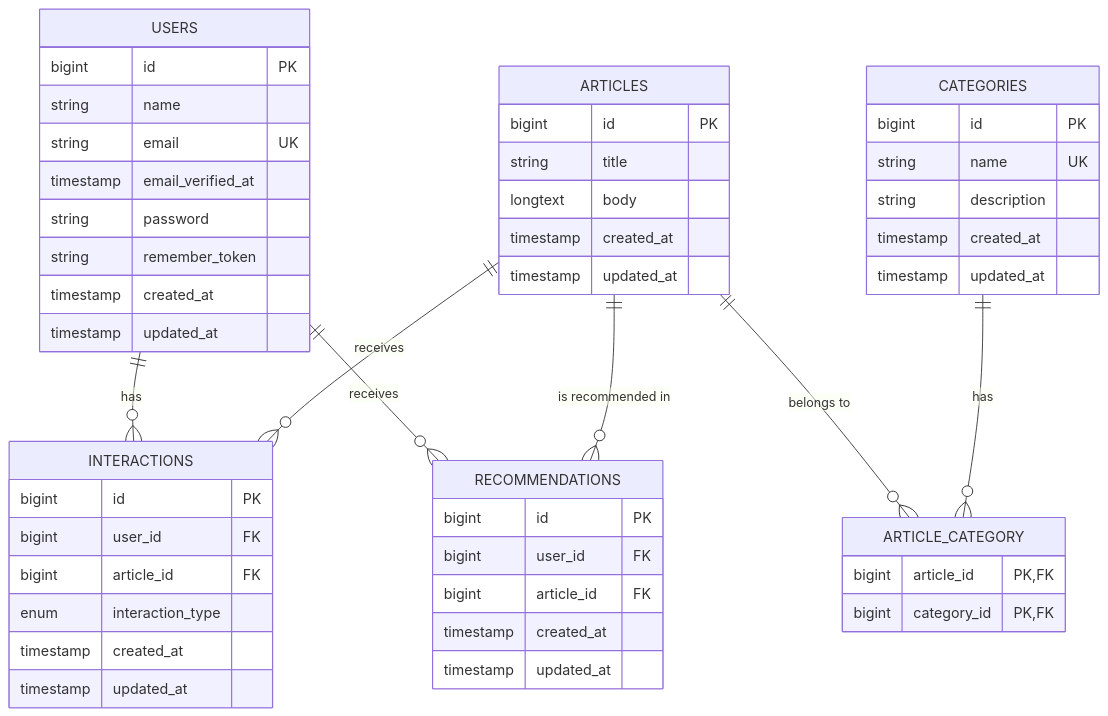
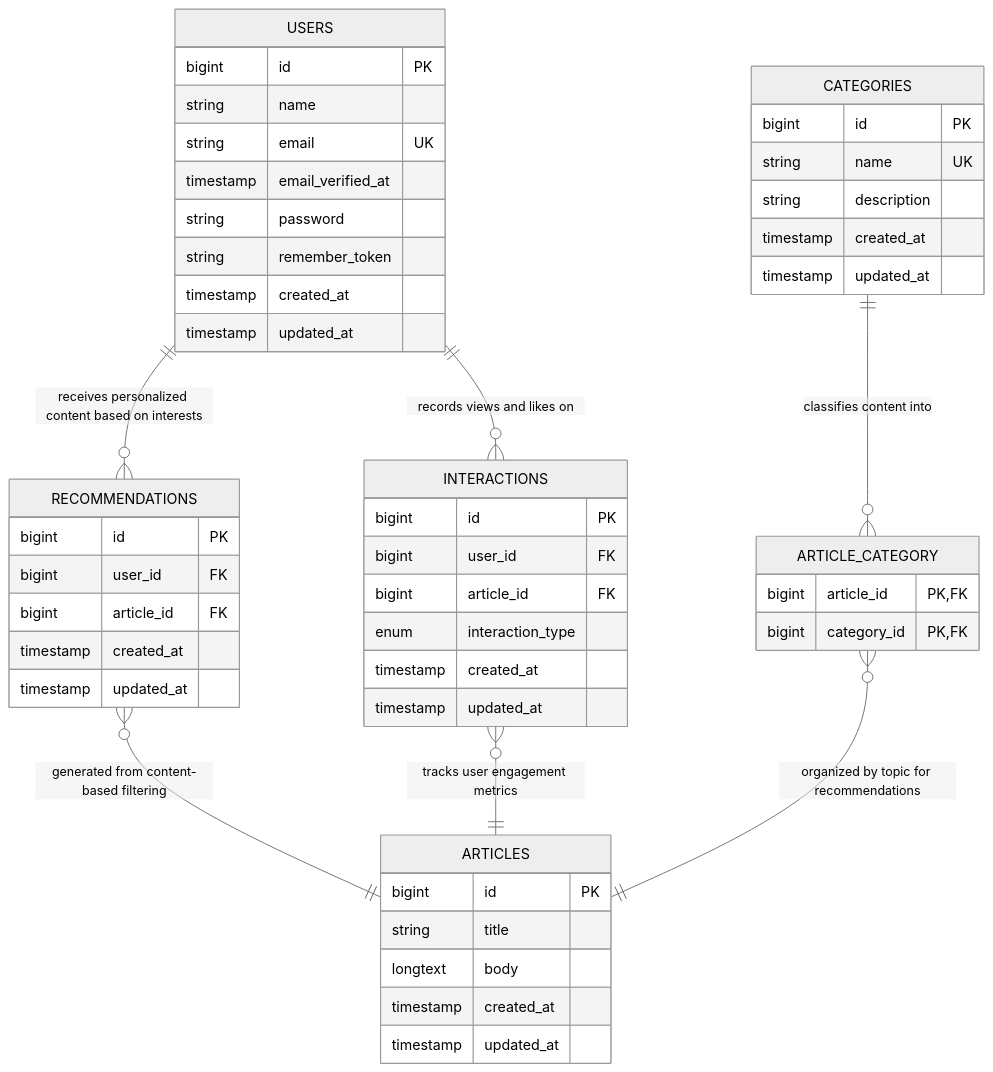
The diagram in README.md (ShamsAlhajjaj/Recommendation-System), drawn with Mermaid before and after one commit. The commit also changed other lines of this file and 8 other files, not shown here.

````diff
--- a/README.md
+++ b/README.md
@@ -67,58 +67,61 @@
 ```mermaid
+%%{init: {'theme': 'neutral', 'themeVariables': { 'fontSize': '16px', 'graphLayout': 'TB'}}}%%
 erDiagram
+    %% Layout direction
     USERS {
         bigint id PK
         string name
         string email UK
         timestamp email_verified_at
         string password
         string remember_token
         timestamp created_at
         timestamp updated_at
     }
 
-    ARTICLES {
+    RECOMMENDATIONS {
         bigint id PK
-        string title
-        longtext body
+        bigint user_id FK
+        bigint article_id FK
         timestamp created_at
         timestamp updated_at
     }
 
     CATEGORIES {
         bigint id PK
         string name UK
         string description
         timestamp created_at
         timestamp updated_at
     }
 
-    ARTICLE_CATEGORY {
-        bigint article_id PK,FK
-        bigint category_id PK,FK
-    }
-
     INTERACTIONS {
         bigint id PK
         bigint user_id FK
         bigint article_id FK
         enum interaction_type
         timestamp created_at
         timestamp updated_at
     }
 
-    RECOMMENDATIONS {
+    ARTICLE_CATEGORY {
+        bigint article_id PK,FK
+        bigint category_id PK,FK
+    }
+
+    ARTICLES {
         bigint id PK
-        bigint user_id FK
-        bigint article_id FK
+        string title
+        longtext body
         timestamp created_at
         timestamp updated_at
     }
 
-    USERS ||--o{ INTERACTIONS : "has"
-    ARTICLES ||--o{ INTERACTIONS : "receives"
-    USERS ||--o{ RECOMMENDATIONS : "receives"
-    ARTICLES ||--o{ RECOMMENDATIONS : "is recommended in"
-    ARTICLES ||--o{ ARTICLE_CATEGORY : "belongs to"
-    CATEGORIES ||--o{ ARTICLE_CATEGORY : "has"
+    %% Relationships with functionality-specific labels
+    USERS ||--o{ RECOMMENDATIONS : "receives personalized content based on interests"
+    RECOMMENDATIONS }o--|| ARTICLES : "generated from content-based filtering"
+    USERS ||--o{ INTERACTIONS : "records views and likes on"
+    INTERACTIONS }o--|| ARTICLES : "tracks user engagement metrics"
+    CATEGORIES ||--o{ ARTICLE_CATEGORY : "classifies content into"
+    ARTICLE_CATEGORY }o--|| ARTICLES : "organized by topic for recommendations"
 ```
````
